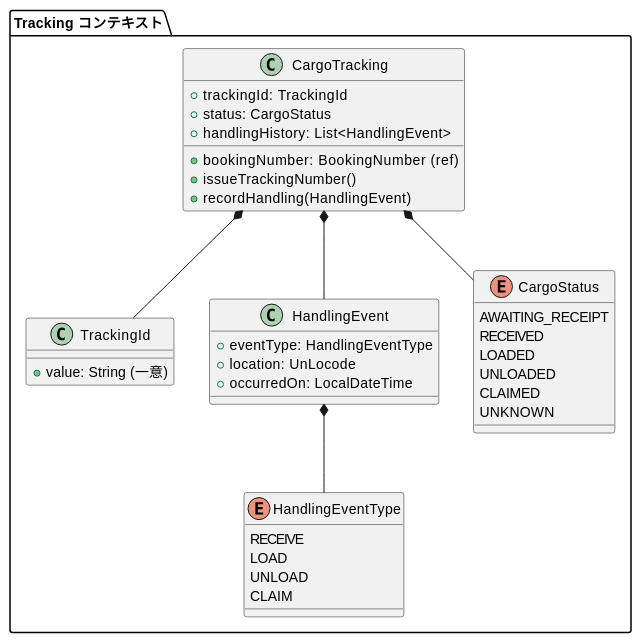
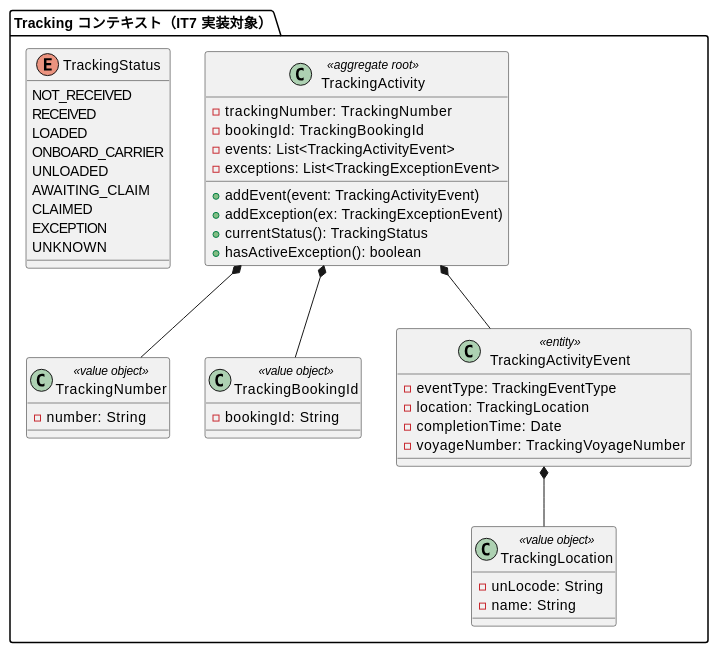
Before and after one commit to k2works/case-study-cargo-tracker: the third of 7 diagrams in docs/development/iteration_plan-7.md, drawn with PlantUML. The commit also changed other lines of this file, not shown here.

````diff
--- a/docs/development/iteration_plan-7.md
+++ b/docs/development/iteration_plan-7.md
@@ -191,45 +193,53 @@
 ```plantuml
 @startuml
-package "Tracking コンテキスト" {
-  class CargoTracking {
-    + trackingId: TrackingId
-    + bookingNumber: BookingNumber (ref)
-    + status: CargoStatus
-    + handlingHistory: List<HandlingEvent>
-    + issueTrackingNumber()
-    + recordHandling(HandlingEvent)
+package "Tracking コンテキスト（IT7 実装対象）" {
+  class TrackingActivity <<aggregate root>> {
+    - trackingNumber: TrackingNumber
+    - bookingId: TrackingBookingId
+    - events: List<TrackingActivityEvent>
+    - exceptions: List<TrackingExceptionEvent>
+    + addEvent(event: TrackingActivityEvent)
+    + addException(ex: TrackingExceptionEvent)
+    + currentStatus(): TrackingStatus
+    + hasActiveException(): boolean
   }
 
-  class TrackingId {
-    + value: String (一意)
+  class TrackingNumber <<value object>> {
+    - number: String
   }
 
-  class HandlingEvent {
-    + eventType: HandlingEventType
-    + location: UnLocode
-    + occurredOn: LocalDateTime
+  class TrackingBookingId <<value object>> {
+    - bookingId: String
   }
 
-  enum HandlingEventType {
-    RECEIVE
-    LOAD
-    UNLOAD
-    CLAIM
+  class TrackingActivityEvent <<entity>> {
+    - eventType: TrackingEventType
+    - location: TrackingLocation
+    - completionTime: Date
+    - voyageNumber: TrackingVoyageNumber
   }
 
-  enum CargoStatus {
-    AWAITING_RECEIPT
+  class TrackingLocation <<value object>> {
+    - unLocode: String
+    - name: String
+  }
+
+  enum TrackingStatus {
+    NOT_RECEIVED
     RECEIVED
     LOADED
+    ONBOARD_CARRIER
     UNLOADED
+    AWAITING_CLAIM
     CLAIMED
+    EXCEPTION
     UNKNOWN
   }
 }
 
-CargoTracking *-- TrackingId
-CargoTracking *-- CargoStatus
-CargoTracking *-- HandlingEvent
-HandlingEvent *-- HandlingEventType
+TrackingActivity *-- TrackingNumber
+TrackingActivity *-- TrackingBookingId
+TrackingActivity *-- TrackingActivityEvent
+TrackingActivityEvent *-- TrackingLocation
 @enduml
 ```
````
